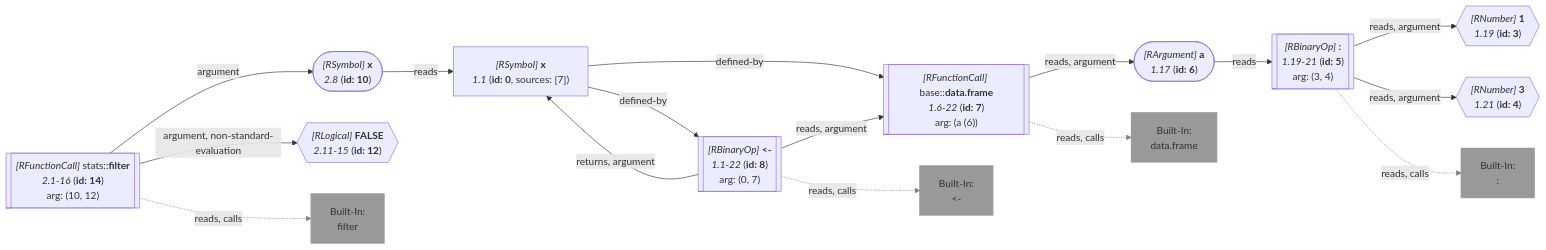
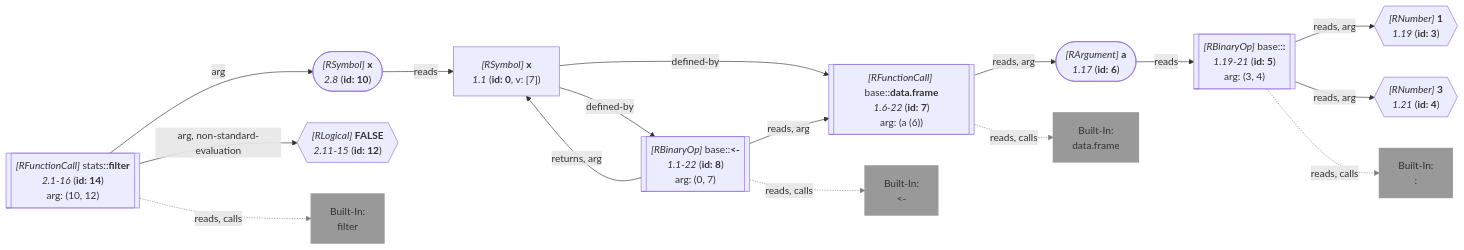
The seventh of 21 diagrams in wiki/Query API.md (flowr-analysis/flowr), drawn with Mermaid before and after one commit. The commit also changed other lines of this file and 135 other files, not shown here.

````diff
--- a/wiki/Query API.md
+++ b/wiki/Query API.md
@@ -3198,61 +3202,61 @@
 ```mermaid
 flowchart LR
     3{{"`*#91;RNumber#93;* **1**
       *1.19* (**id: 3**)`"}}
    %% No edges found for 3
     4{{"`*#91;RNumber#93;* **3**
       *1.21* (**id: 4**)`"}}
    %% No edges found for 4
-    5[["`*#91;RBinaryOp#93;* **#58;**
+    5[["`*#91;RBinaryOp#93;* base#58;#58;**#58;**
       *1.19-21* (**id: 5**)
     arg: (3, 4)`"]]
     built-in::["`Built-In:
 #58;`"]
     style built-in:: stroke:gray,fill:gray,stroke-width:2px,opacity:.8;
     6(["`*#91;RArgument#93;* **a**
       *1.17* (**id: 6**)`"])
     7[["`*#91;RFunctionCall#93;* base#58;#58;**data.frame**
       *1.6-22* (**id: 7**)
     arg: (a (6))`"]]
     built-in:data_frame["`Built-In:
 data.frame`"]
     style built-in:data_frame stroke:gray,fill:gray,stroke-width:2px,opacity:.8;
     0["`*#91;RSymbol#93;* **x**
-      *1.1* (**id: 0**, sources: [7])`"]
-    8[["`*#91;RBinaryOp#93;* **#60;#45;**
+      *1.1* (**id: 0**, v: [7])`"]
+    8[["`*#91;RBinaryOp#93;* base#58;#58;**#60;#45;**
       *1.1-22* (**id: 8**)
     arg: (0, 7)`"]]
     built-in:_-["`Built-In:
 #60;#45;`"]
     style built-in:_- stroke:gray,fill:gray,stroke-width:2px,opacity:.8;
     10(["`*#91;RSymbol#93;* **x**
       *2.8* (**id: 10**)`"])
     12{{"`*#91;RLogical#93;* **FALSE**
       *2.11-15* (**id: 12**)`"}}
    %% No edges found for 12
     14[["`*#91;RFunctionCall#93;* stats#58;#58;**filter**
       *2.1-16* (**id: 14**)
     arg: (10, 12)`"]]
     built-in:filter["`Built-In:
 filter`"]
     style built-in:filter stroke:gray,fill:gray,stroke-width:2px,opacity:.8;
-    5 -->|"reads, argument"| 3
-    5 -->|"reads, argument"| 4
+    5 -->|"reads, arg"| 3
+    5 -->|"reads, arg"| 4
     5 -.->|"reads, calls"| built-in::
     linkStyle 2 stroke:gray;
     6 -->|"reads"| 5
-    7 -->|"reads, argument"| 6
+    7 -->|"reads, arg"| 6
     7 -.->|"reads, calls"| built-in:data_frame
     linkStyle 5 stroke:gray;
     0 -->|"defined-by"| 7
     0 -->|"defined-by"| 8
-    8 -->|"reads, argument"| 7
-    8 -->|"returns, argument"| 0
+    8 -->|"reads, arg"| 7
+    8 -->|"returns, arg"| 0
     8 -.->|"reads, calls"| built-in:_-
     linkStyle 10 stroke:gray;
     10 -->|"reads"| 0
-    14 -->|"argument"| 10
-    14 -->|"argument, non-standard-evaluation"| 12
+    14 -->|"arg"| 10
+    14 -->|"arg, non-standard-evaluation"| 12
     14 -.->|"reads, calls"| built-in:filter
     linkStyle 14 stroke:gray;
 ```
````
